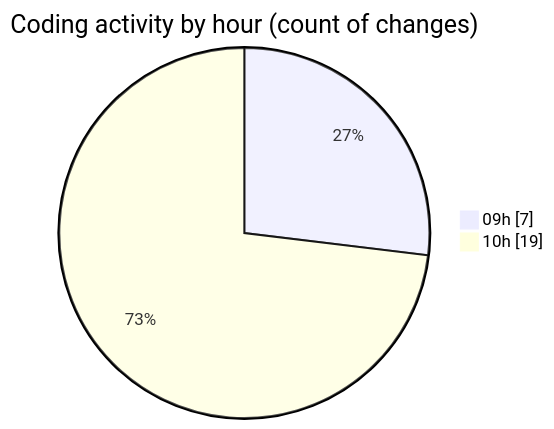
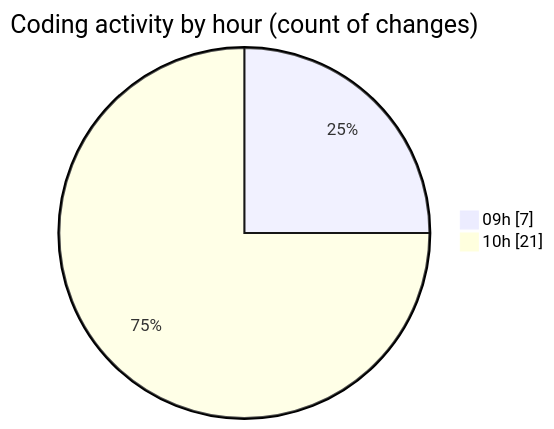
Before and after one commit to momahboobian/code-tracking: the second of 2 diagrams in 2025-06-16/cda/README.md, drawn with Mermaid. The commit also changed other lines of this file and 1 other file, not shown here.

````diff
--- a/2025-06-16/cda/README.md
+++ b/2025-06-16/cda/README.md
@@ -34,6 +35,6 @@
 ```mermaid
 pie showData
 title Coding activity by hour (count of changes)
 "09h" : 7
-"10h" : 19
+"10h" : 21
 ```
````
